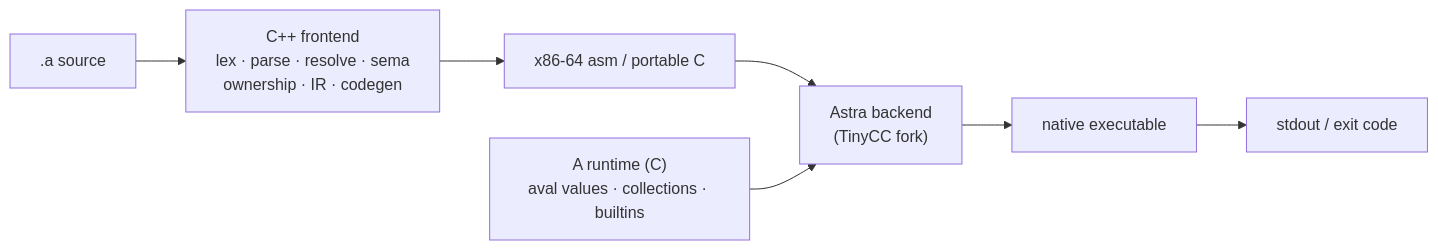
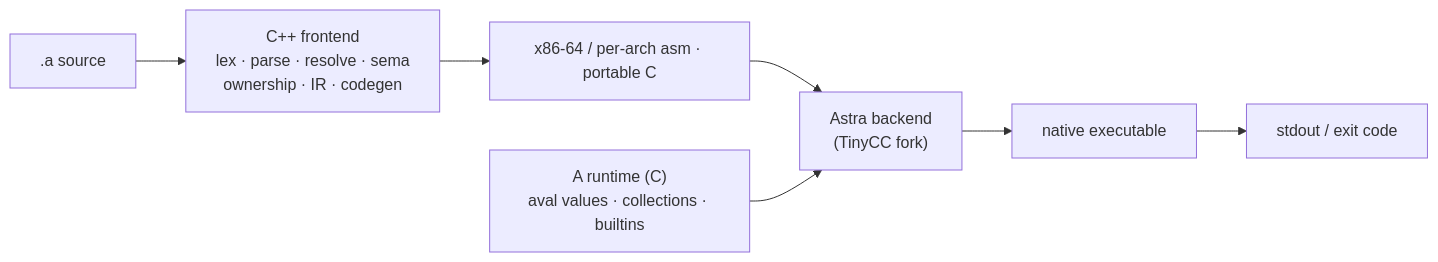
One commit to ALangLabs/A changed the diagram in README.md. Above: the diagram before and after it, drawn with Mermaid. The commit also changed other lines of this file and 1 other file, not shown here.

Commit message:
docs: document native per-arch emitters and i8086 bare-metal target

````diff
--- a/README.md
+++ b/README.md
@@ -125,9 +127,9 @@
 ```mermaid
 flowchart LR
     src[".a source"] --> fe["C++ frontend<br/>lex · parse · resolve · sema<br/>ownership · IR · codegen"]
-    fe --> s["x86-64 asm / portable C"]
+    fe --> s["x86-64 / per-arch asm · portable C"]
     s --> astra["Astra backend<br/>(TinyCC fork)"]
     rt["A runtime (C)<br/>aval values · collections · builtins"] --> astra
     astra --> bin["native executable"]
     bin --> out["stdout / exit code"]
 ```
````
